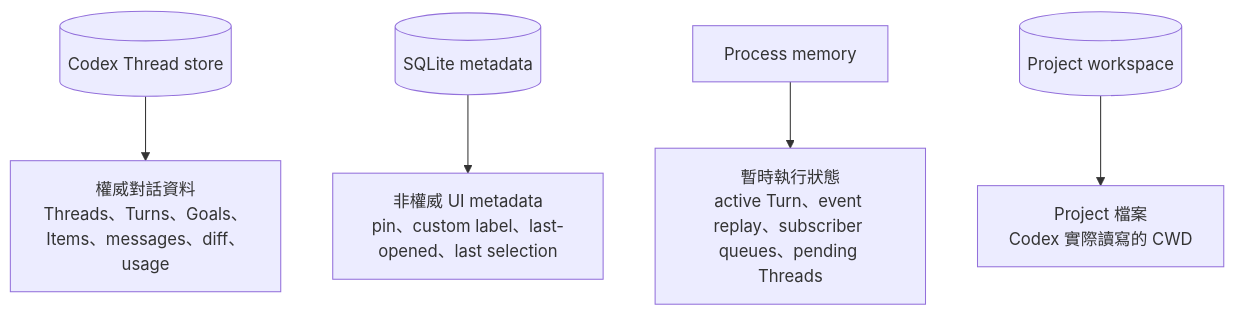
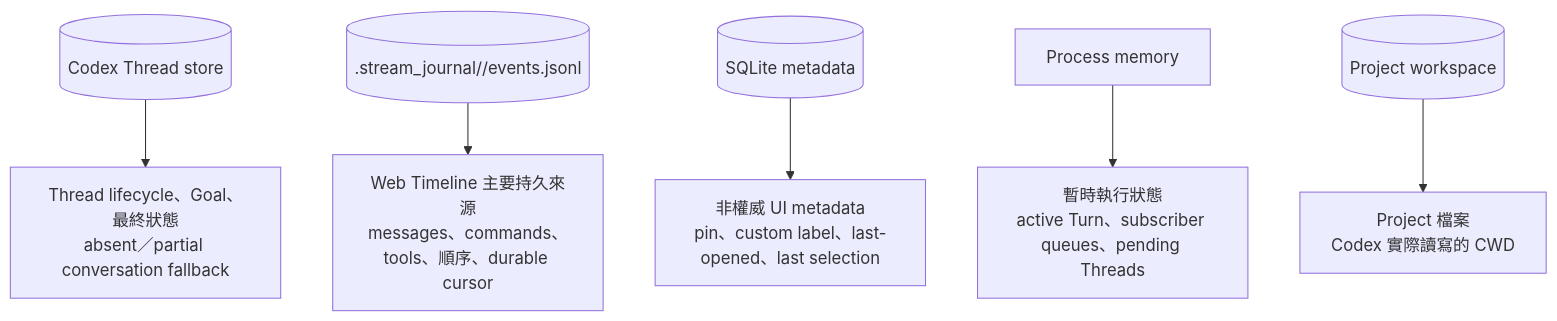
One commit to sevenjay/agent_app_server changed the second of 3 diagrams in docs/architecture.md. Above: the diagram before and after it, drawn with Mermaid. The commit also changed other lines of this file and 23 other files, not shown here.

Commit message:
feat: add durable stream journal timeline

````diff
--- a/docs/architecture.md
+++ b/docs/architecture.md
@@ -80,12 +85,14 @@
 ```mermaid
 flowchart TB
     codex[("Codex Thread store")]
+    journal[(".stream_journal/<thread>/events.jsonl")]
     sqlite[("SQLite metadata")]
     memory["Process memory"]
     workspace[("Project workspace")]
 
-    codex --> codex_data["權威對話資料<br/>Threads、Turns、Goals、Items、messages、diff、usage"]
+    journal --> journal_data["Web Timeline 主要持久來源<br/>messages、commands、tools、順序、durable cursor"]
+    codex --> codex_data["Thread lifecycle、Goal、最終狀態<br/>absent／partial conversation fallback"]
     sqlite --> ui_data["非權威 UI metadata<br/>pin、custom label、last-opened、last selection"]
-    memory --> live_data["暫時執行狀態<br/>active Turn、event replay、subscriber queues、pending Threads"]
+    memory --> live_data["暫時執行狀態<br/>active Turn、subscriber queues、pending Threads"]
     workspace --> files["Project 檔案<br/>Codex 實際讀寫的 CWD"]
 ```
````
